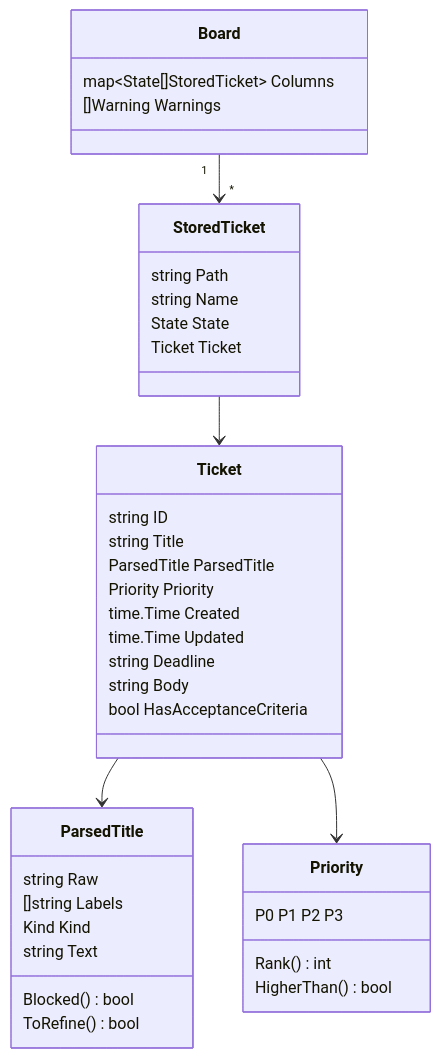
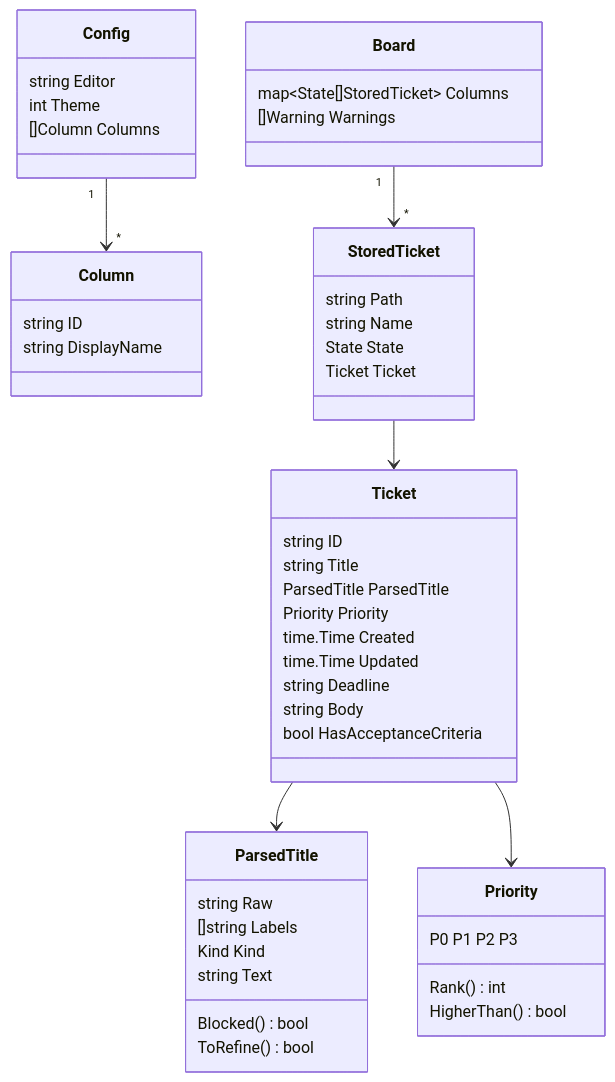
The third of 4 diagrams in docs/flows/architecture.md (dawidsok/tickcats), drawn with Mermaid before and after one commit. The commit also changed other lines of this file and 29 other files, not shown here.

````diff
--- a/docs/flows/architecture.md
+++ b/docs/flows/architecture.md
@@ -76,41 +77,51 @@
 ```mermaid
 classDiagram
+    class Config {
+        string Editor
+        int Theme
+        []Column Columns
+    }
+    class Column {
+        string ID
+        string DisplayName
+    }
     class Board {
         map~State[]StoredTicket~ Columns
         []Warning Warnings
     }
     class StoredTicket {
         string Path
         string Name
         State State
         Ticket Ticket
     }
     class Ticket {
         string ID
         string Title
         ParsedTitle ParsedTitle
         Priority Priority
         time.Time Created
         time.Time Updated
         string Deadline
         string Body
         bool HasAcceptanceCriteria
     }
     class ParsedTitle {
         string Raw
         []string Labels
         Kind Kind
         string Text
         Blocked() bool
         ToRefine() bool
     }
     class Priority {
         P0 P1 P2 P3
         Rank() int
         HigherThan() bool
     }
+    Config "1" --> "*" Column
     Board "1" --> "*" StoredTicket
     StoredTicket --> Ticket
     Ticket --> ParsedTitle
     Ticket --> Priority
 ```
````
